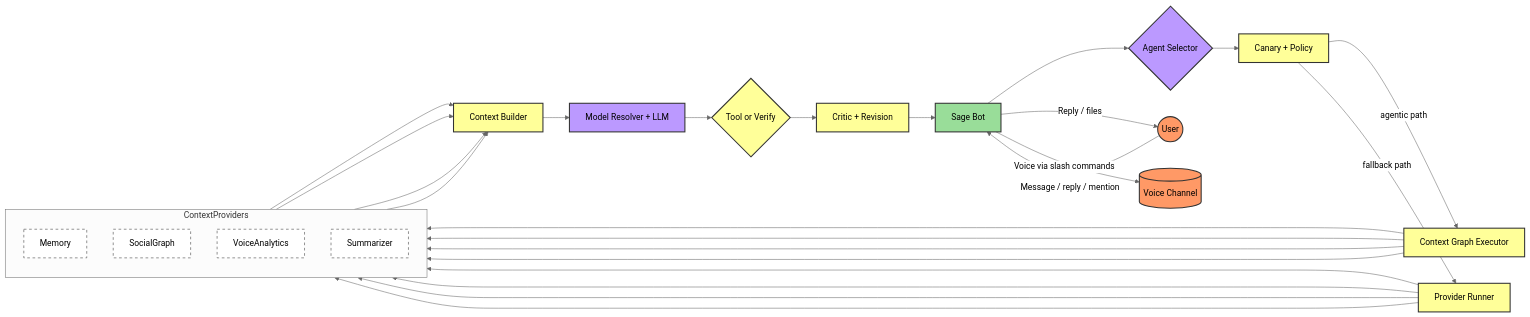
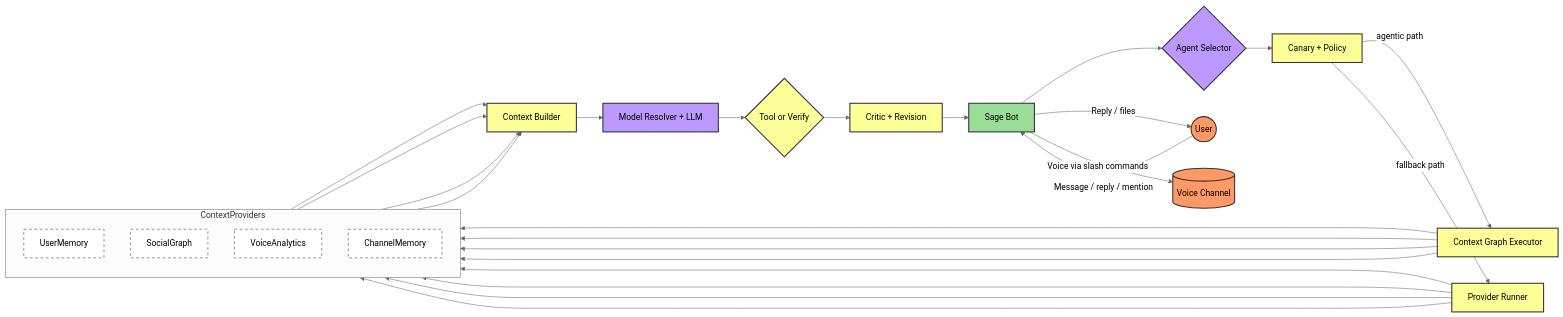
Before and after one commit to BokX1/Sage: the diagram in README.md, drawn with Mermaid (neutral theme). The commit also changed other lines of this file and 27 other files, not shown here.

Commit message:
refactor: enforce channel memory baseline and remove legacy provider aliases

````diff
--- a/README.md
+++ b/README.md
@@ -71,44 +71,44 @@
 ```mermaid
 flowchart LR
     classDef user fill:#f96,stroke:#333,stroke-width:2px,color:black
     classDef bot fill:#9d9,stroke:#333,stroke-width:2px,color:black
     classDef route fill:#b9f,stroke:#333,stroke-width:2px,color:black
     classDef provider fill:#fff,stroke:#333,stroke-width:1px,stroke-dasharray: 5 5,color:black
     classDef runtime fill:#ff9,stroke:#333,stroke-width:2px,color:black
 
     U((User)):::user -->|"Message / reply / mention"| B[Sage Bot]:::bot
     B --> R{Agent Selector}:::route
     R --> C[Canary + Policy]:::runtime
 
     subgraph ContextProviders
         direction TB
-        M[Memory]:::provider
+        M[UserMemory]:::provider
         G[SocialGraph]:::provider
         V[VoiceAnalytics]:::provider
-        S[Summarizer]:::provider
+        S[ChannelMemory]:::provider
     end
 
     C -->|agentic path| X[Context Graph Executor]:::runtime
     C -->|fallback path| Y[Provider Runner]:::runtime
     X --> M
     X --> G
     X --> V
     X --> S
     Y --> M
     Y --> G
     Y --> V
     Y --> S
 
     M --> K[Context Builder]:::runtime
     G --> K
     V --> K
     S --> K
 
     K --> L[Model Resolver + LLM]:::route
     L --> T{Tool or Verify}:::runtime
     T --> Q[Critic + Revision]:::runtime
     Q --> B
     B -->|"Reply / files"| U
 
     B -->|"Voice via slash commands"| VC[(Voice Channel)]:::user
 ```
````
